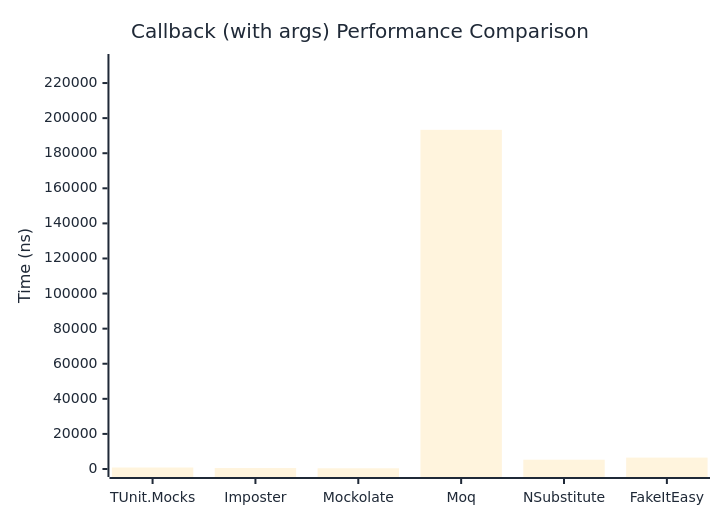
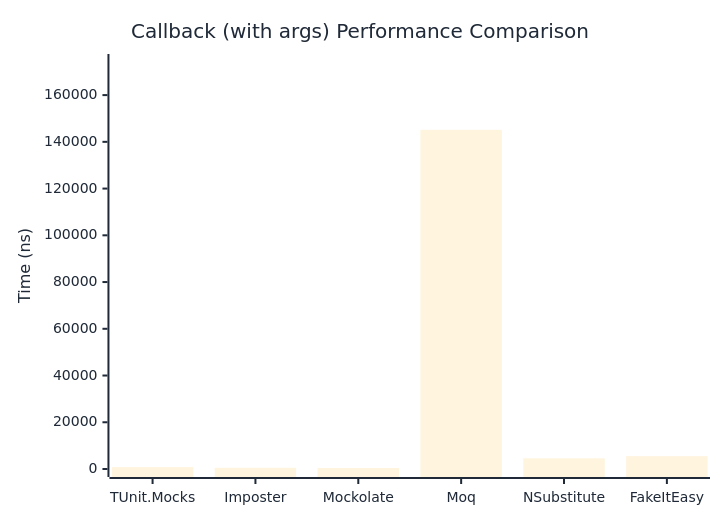
The second of 2 diagrams in docs/docs/benchmarks/mocks/Callback.md (thomhurst/TUnit), drawn with Mermaid before and after one commit. The commit also changed other lines of this file and 14 other files, not shown here.

````diff
--- a/docs/docs/benchmarks/mocks/Callback.md
+++ b/docs/docs/benchmarks/mocks/Callback.md
@@ -71,27 +71,27 @@
 ```mermaid
 %%{init: {
   'theme':'base',
   'themeVariables': {
     'primaryColor': '#2563eb',
     'primaryTextColor': '#1f2937',
     'primaryBorderColor': '#1e40af',
     'lineColor': '#6b7280',
     'secondaryColor': '#7c3aed',
     'tertiaryColor': '#dc2626',
     'background': '#ffffff',
     'pie1': '#2563eb',
     'pie2': '#7c3aed',
     'pie3': '#dc2626',
     'pie4': '#f59e0b',
     'pie5': '#10b981',
     'pie6': '#06b6d4',
     'pie7': '#ec4899',
     'pie8': '#6366f1'
   }
 }}%%
 xychart-beta
   title "Callback (with args) Performance Comparison"
   x-axis ["TUnit.Mocks", "Imposter", "Mockolate", "Moq", "NSubstitute", "FakeItEasy"]
-  y-axis "Time (ns)" 0 --> 231996
-  bar [847.6, 543.8, 411.8, 193329.5, 5305.6, 6500.5]
+  y-axis "Time (ns)" 0 --> 174164
+  bar [809.7, 528, 402.1, 145136.1, 4561.8, 5495.7]
 ```
````
